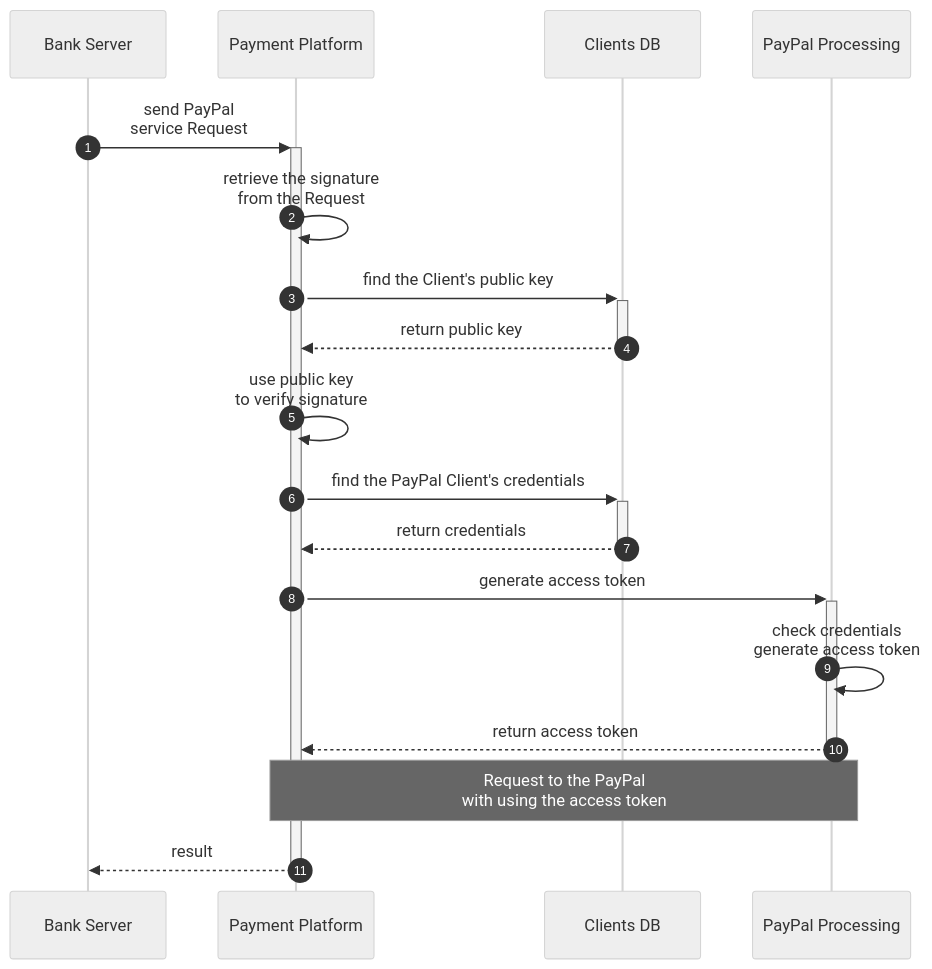
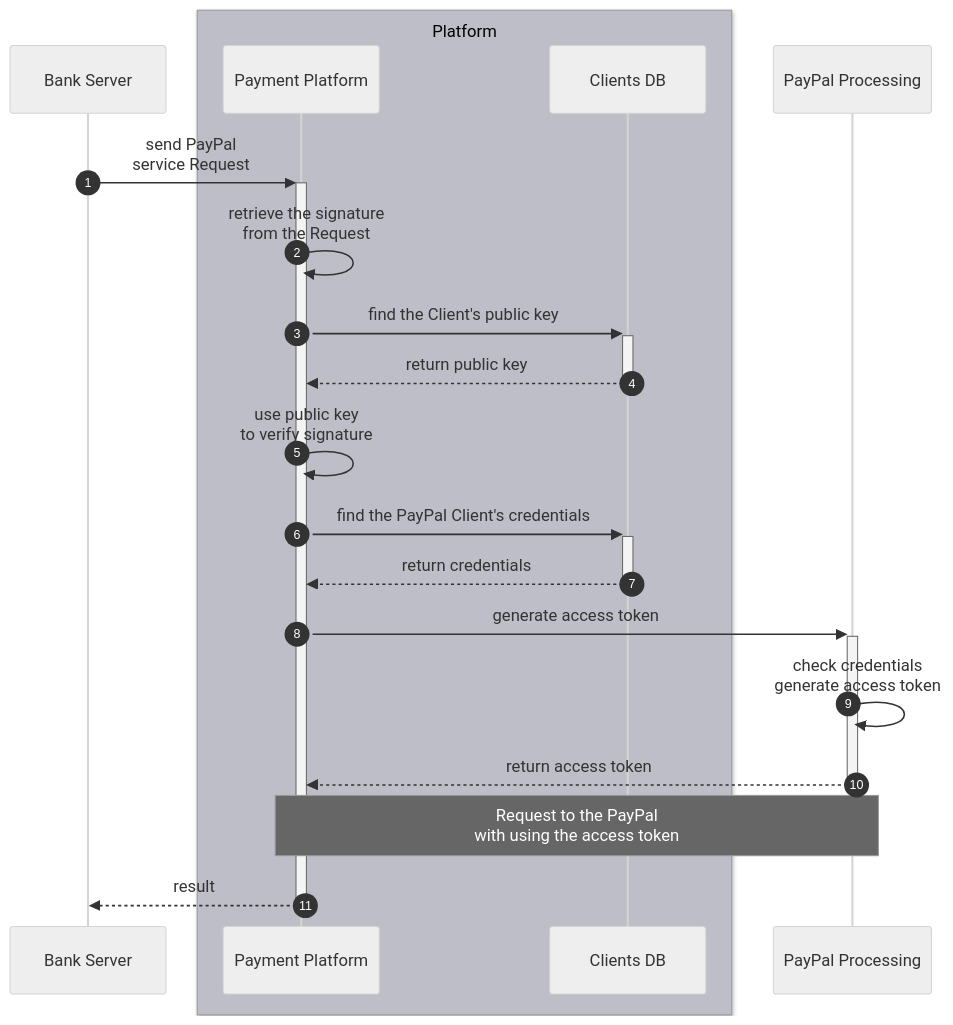
The third of 4 diagrams in specification.md (Kuziomkin/diagrams), drawn with Mermaid before and after one commit. The commit also changed other lines of this file, not shown here.

````diff
--- a/specification.md
+++ b/specification.md
@@ -168,28 +169,30 @@
 ```mermaid
 ---
 config:
   layout: dagre
   look: classic
   theme: neutral
 ---
   sequenceDiagram
     autonumber
     participant BS as Bank Server
+    box rgb(190,190,200) Platform
     participant PP as Payment Platform
     participant CD as Clients DB
+    end
     participant PAP as PayPal Processing
 
     BS ->>+ PP: send PayPal <br/> service Request
       PP ->> PP: retrieve the signature <br/> from the Request
       PP ->>+ CD: find the Client's public key
       CD -->>- PP: return public key
       PP ->> PP: use public key <br/> to verify signature
       PP ->>+ CD: find the PayPal Client's credentials
       CD -->>- PP: return credentials
         PP ->>+ PAP: generate access token
           PAP ->> PAP: check credentials <br/> generate access token
         PAP -->>- PP: return access token
         Note over PP, PAP: Request to the PayPal <br/> with using the access token
     PP -->>- BS: result
    
 ```
````
